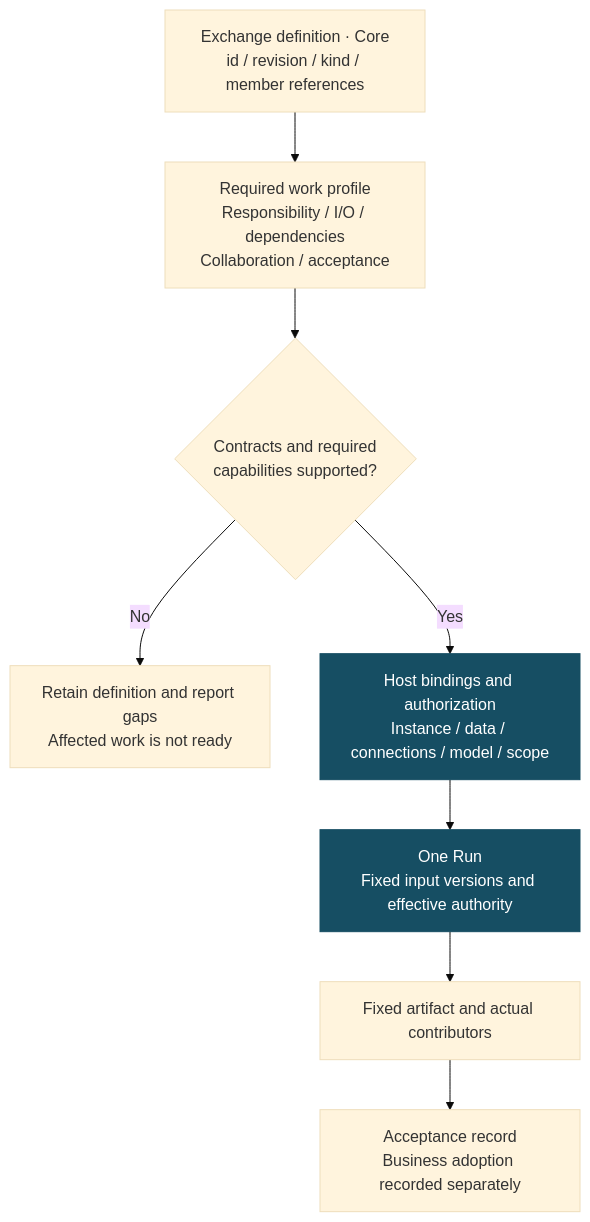
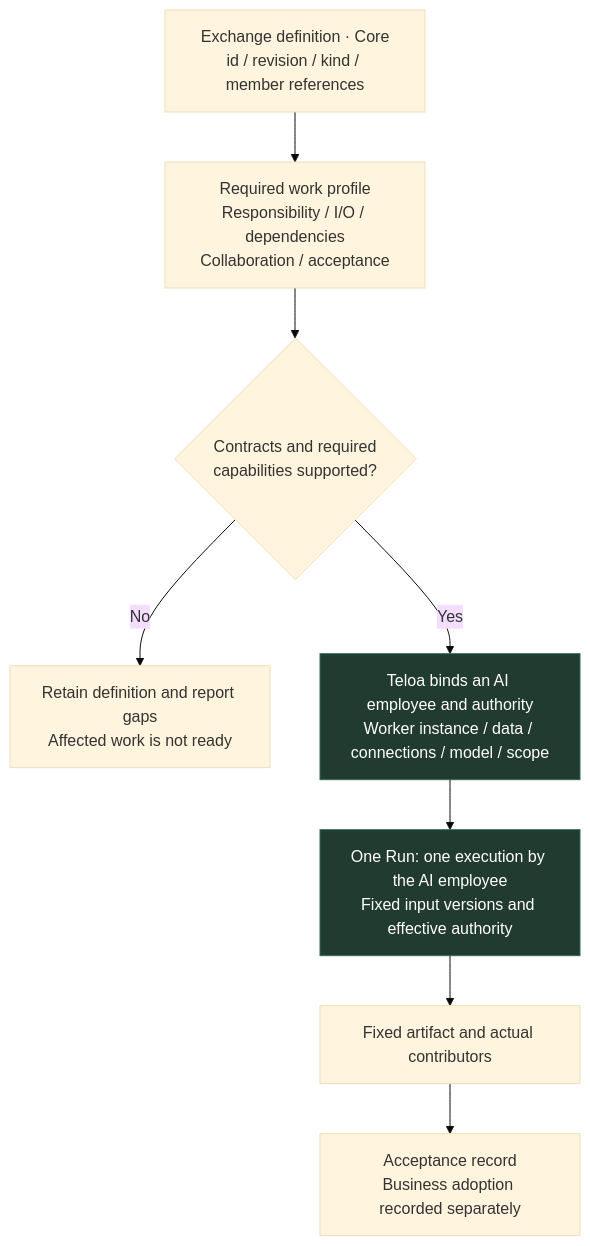
Before and after one commit to teloa-ai/ai-worker-standard: the diagram in diagrams/en/architecture.mmd, drawn with Mermaid (base theme). The commit also changed 29 other files, not shown here.

Commit message:
docs: connect AI employee product concepts to AI Worker diagrams

```diff
--- a/diagrams/en/architecture.mmd
+++ b/diagrams/en/architecture.mmd
@@ -1,10 +1,11 @@
 flowchart TB
+    %% A Teloa example: Worker definitions, AI employee instances and Runs are recorded separately.
     D["Exchange definition · Core<br/>id / revision / kind / member references"] --> W["Required work profile<br/>Responsibility / I/O / dependencies<br/>Collaboration / acceptance"]
     W --> V{"Contracts and required<br/>capabilities supported?"}
     V -- "No" --> N["Retain definition and report gaps<br/>Affected work is not ready"]
-    V -- "Yes" --> B["Host bindings and authorization<br/>Instance / data / connections / model / scope"]
-    B --> X["One Run<br/>Fixed input versions and effective authority"]
+    V -- "Yes" --> B["Teloa binds an AI employee and authority<br/>Worker instance / data / connections / model / scope"]
+    B --> X["One Run: one execution by the AI employee<br/>Fixed input versions and effective authority"]
     X --> A["Fixed artifact and actual contributors"]
     A --> R["Acceptance record<br/>Business adoption recorded separately"]
-    classDef main fill:#164e63,color:#fff,stroke:#164e63
+    classDef main fill:#223b30,color:#fff,stroke:#2f6b52
     class B,X main
```
